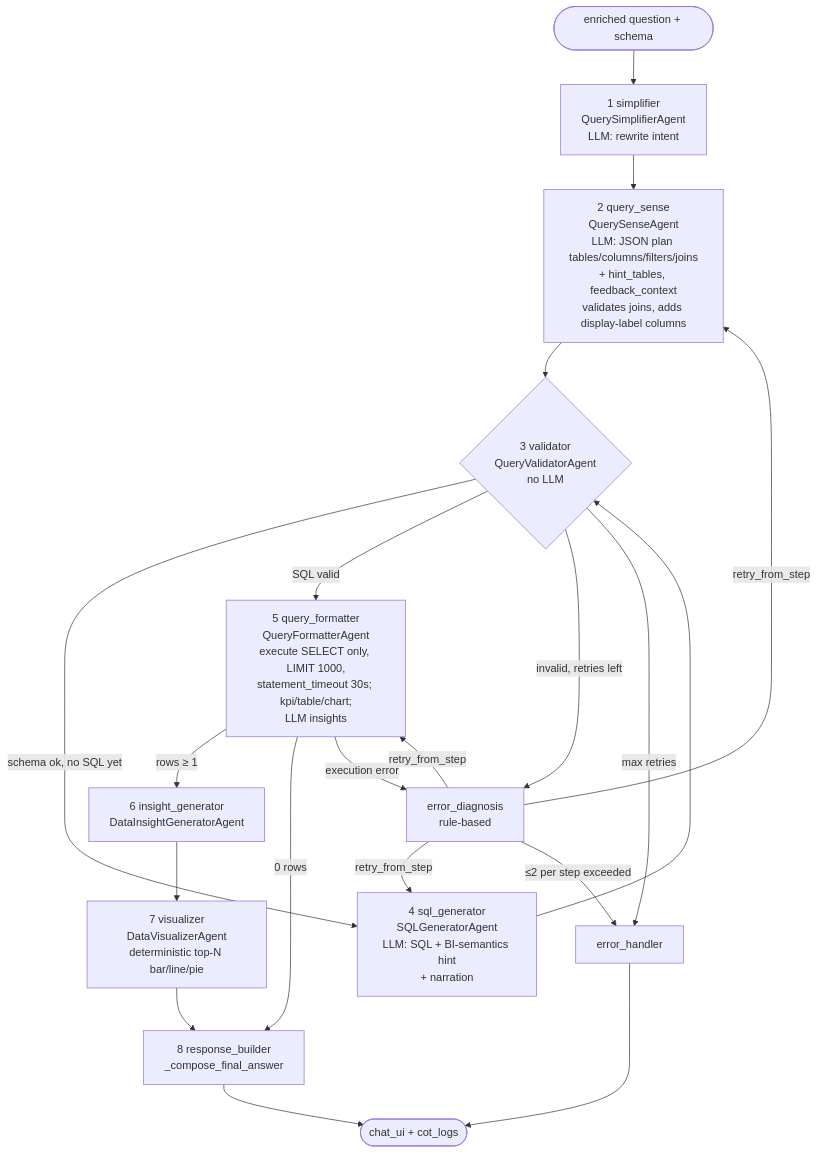
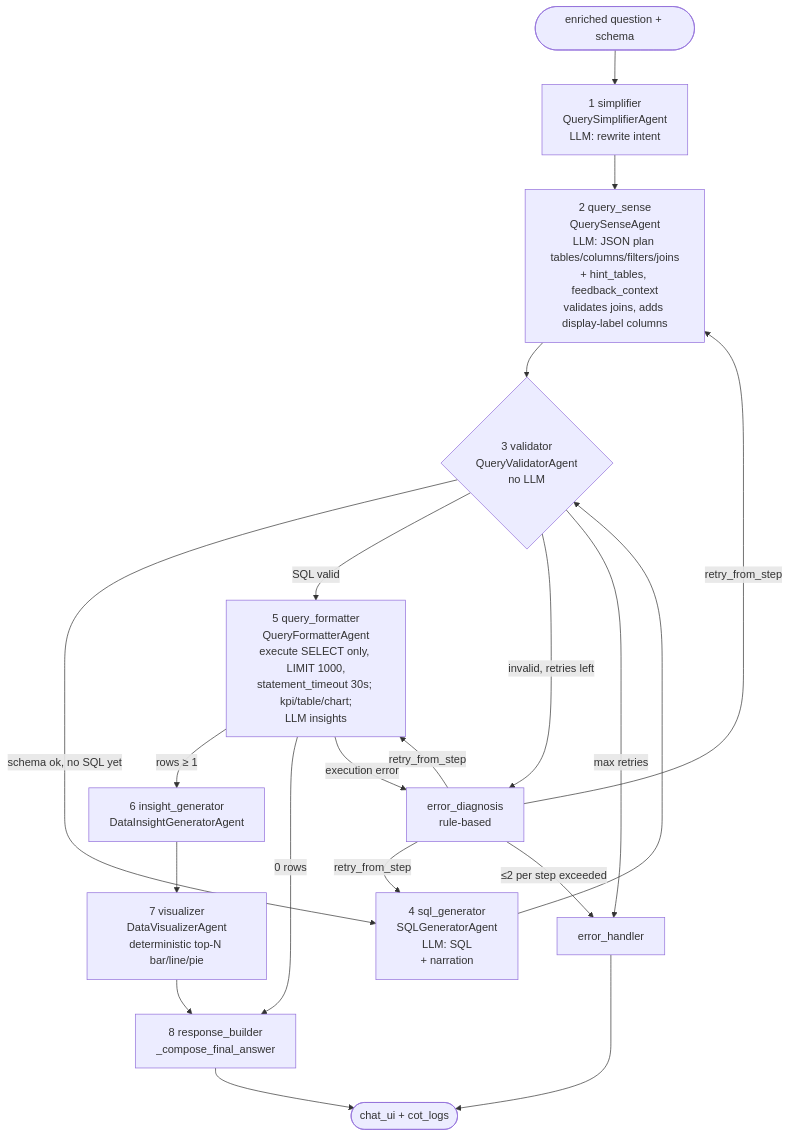
Before and after one commit to TathyumSolutions/SAARTHI2.0: the tenth of 11 diagrams in docs/SAARTHI_DESIGN_DOCUMENT.md, drawn with Mermaid. The commit also changed other lines of this file and 12 other files, not shown here.

````diff
--- a/docs/SAARTHI_DESIGN_DOCUMENT.md
+++ b/docs/SAARTHI_DESIGN_DOCUMENT.md
@@ -671,20 +667,20 @@
 ```mermaid
 flowchart TD
     START([enriched question + schema]) --> SIMP[1 simplifier<br/>QuerySimplifierAgent<br/>LLM: rewrite intent]
     SIMP --> SENSE[2 query_sense<br/>QuerySenseAgent<br/>LLM: JSON plan tables/columns/filters/joins<br/>+ hint_tables, feedback_context<br/>validates joins, adds display-label columns]
     SENSE --> VAL{3 validator<br/>QueryValidatorAgent<br/>no LLM}
-    VAL -->|schema ok, no SQL yet| GEN[4 sql_generator<br/>SQLGeneratorAgent<br/>LLM: SQL + BI-semantics hint<br/>+ narration]
+    VAL -->|schema ok, no SQL yet| GEN[4 sql_generator<br/>SQLGeneratorAgent<br/>LLM: SQL<br/>+ narration]
     GEN --> VAL
     VAL -->|SQL valid| FMT[5 query_formatter<br/>QueryFormatterAgent<br/>execute SELECT only, LIMIT 1000,<br/>statement_timeout 30s; kpi/table/chart;<br/>LLM insights]
     VAL -->|invalid, retries left| DIAG[error_diagnosis<br/>rule-based]
     VAL -->|max retries| ERR[error_handler]
     FMT -->|rows ≥ 1| INS[6 insight_generator<br/>DataInsightGeneratorAgent]
     FMT -->|0 rows| RB
     FMT -->|execution error| DIAG
     DIAG -->|retry_from_step| GEN & SENSE & FMT
     DIAG -->|≤2 per step exceeded| ERR
     INS --> VIZ[7 visualizer<br/>DataVisualizerAgent<br/>deterministic top-N bar/line/pie]
     VIZ --> RB[8 response_builder<br/>_compose_final_answer]
     RB --> END([chat_ui + cot_logs])
     ERR --> END
 ```
````
